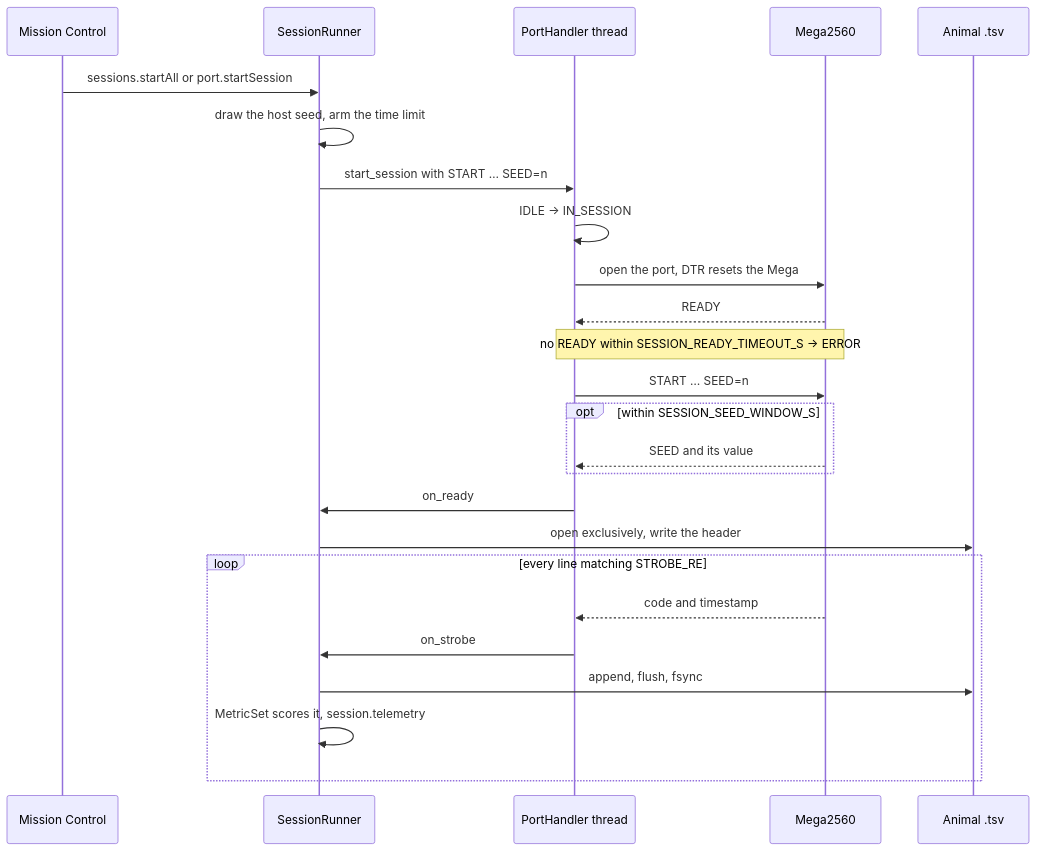
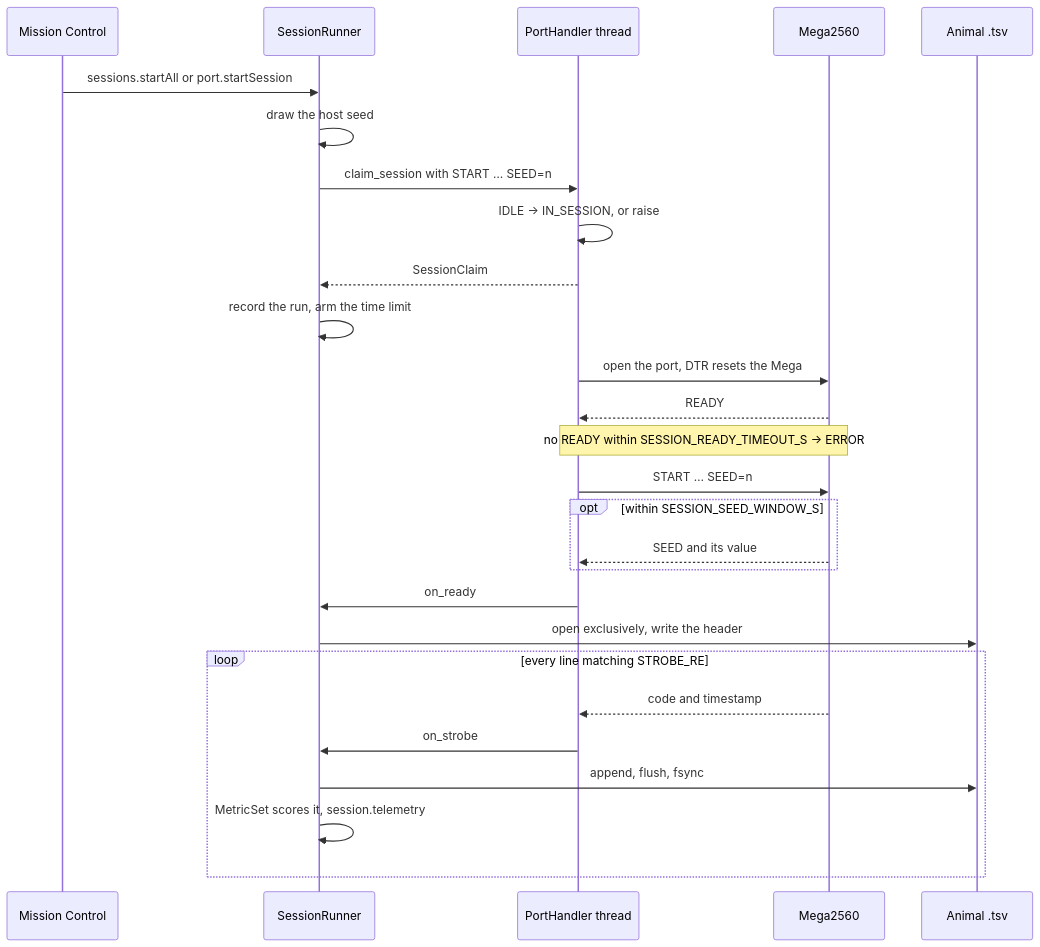
The seventh of 9 diagrams in docs/ARCHITECTURE.md (Chase-NJ/Ephymeris), drawn with Mermaid before and after one commit. The commit also changed other lines of this file and 112 other files, not shown here.

````diff
--- a/docs/ARCHITECTURE.md
+++ b/docs/ARCHITECTURE.md
@@ -1013,27 +1120,29 @@
 ```mermaid
 sequenceDiagram
     participant UI as Mission Control
     participant Runner as SessionRunner
     participant Port as PortHandler thread
     participant Board as Mega2560
     participant File as Animal .tsv
     UI->>Runner: sessions.startAll or port.startSession
-    Runner->>Runner: draw the host seed, arm the time limit
-    Runner->>Port: start_session with START … SEED=n
-    Port->>Port: IDLE → IN_SESSION
+    Runner->>Runner: draw the host seed
+    Runner->>Port: claim_session with START … SEED=n
+    Port->>Port: IDLE → IN_SESSION, or raise
+    Port-->>Runner: SessionClaim
+    Runner->>Runner: record the run, arm the time limit
     Port->>Board: open the port, DTR resets the Mega
     Board-->>Port: READY
     Note over Port,Board: no READY within SESSION_READY_TIMEOUT_S → ERROR
     Port->>Board: START … SEED=n
     opt within SESSION_SEED_WINDOW_S
         Board-->>Port: SEED and its value
     end
     Port->>Runner: on_ready
     Runner->>File: open exclusively, write the header
     loop every line matching STROBE_RE
         Board-->>Port: code and timestamp
         Port->>Runner: on_strobe
         Runner->>File: append, flush, fsync
         Runner->>Runner: MetricSet scores it, session.telemetry
     end
 ```
````
